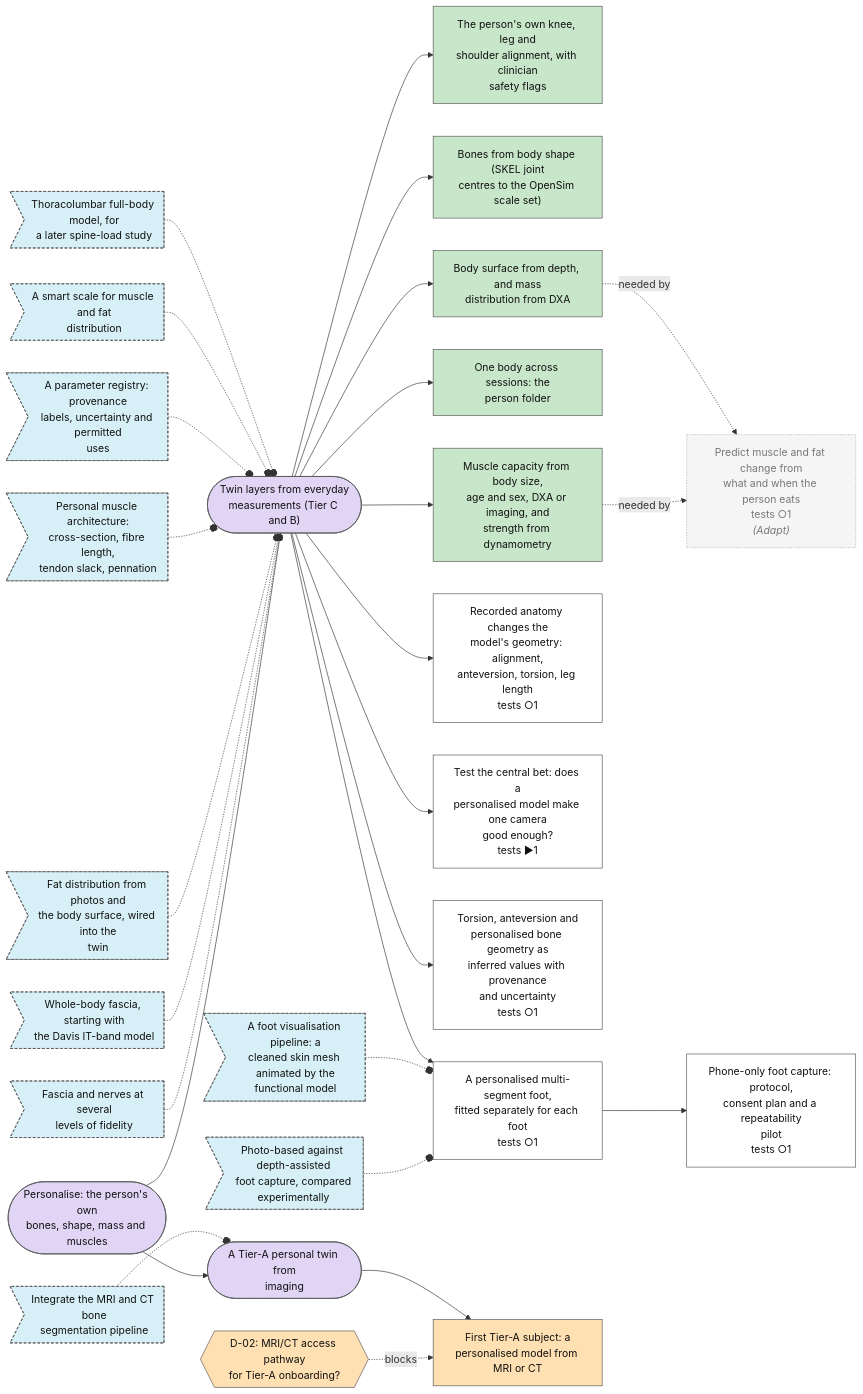
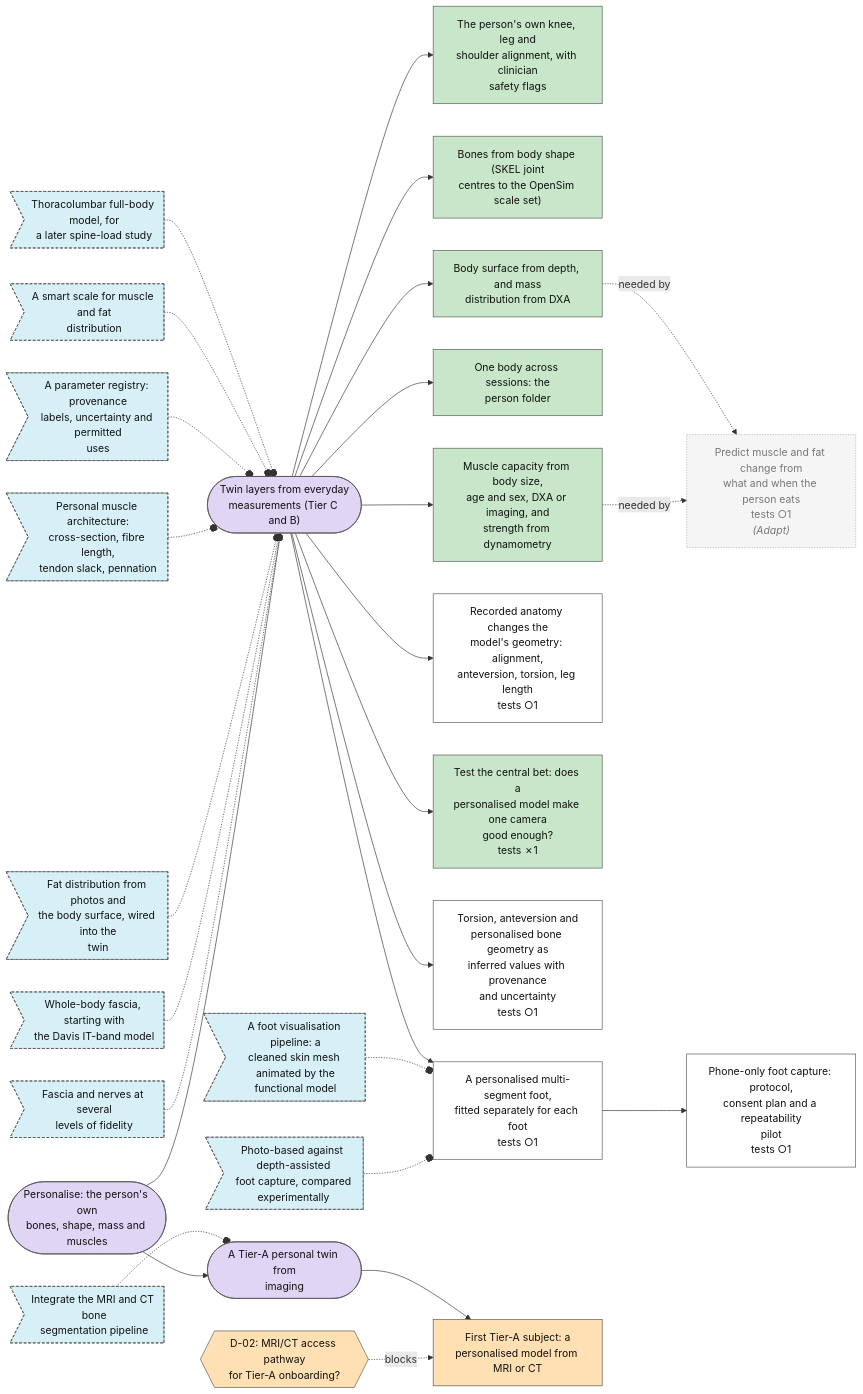
The third of 7 diagrams in plan/MAP.md (Sigurius23/Rehab-agent), drawn with Mermaid before and after one commit. The commit also changed other lines of this file and 6 other files, not shown here.

First line of the commit message:
The central bet: a mocap-scaled body does not improve one camera; not met

````diff
--- a/plan/MAP.md
+++ b/plan/MAP.md
@@ -134,74 +134,74 @@
 ```mermaid
 flowchart LR
   n0{{"D-02: MRI/CT access pathway<br/>for Tier-A onboarding?"}}:::decision_open
   n1["Phone-only foot capture: protocol,<br/>consent plan and a repeatability<br/>pilot<br/>tests ○1"]:::step_open
   n2(["A Tier-A personal twin from<br/>imaging"]):::goal_open
   n3(["Twin layers from everyday<br/>measurements (Tier C and B)"]):::goal_open
   n4>"Fascia and nerves at several<br/>levels of fidelity"]:::idea_new
   n5>"Integrate the MRI and CT bone<br/>segmentation pipeline"]:::idea_new
   n6>"Whole-body fascia, starting with<br/>the Davis IT-band model"]:::idea_new
   n7>"Fat distribution from photos and<br/>the body surface, wired into the<br/>twin"]:::idea_new
   n8>"Photo-based against depth-assisted<br/>foot capture, compared<br/>experimentally"]:::idea_new
   n9>"A foot visualisation pipeline: a<br/>cleaned skin mesh animated by the<br/>functional model"]:::idea_new
   n10>"Personal muscle architecture:<br/>cross-section, fibre length,<br/>tendon slack, pennation"]:::idea_new
   n11>"A parameter registry: provenance<br/>labels, uncertainty and permitted<br/>uses"]:::idea_new
   n12>"A smart scale for muscle and fat<br/>distribution"]:::idea_new
   n13>"Thoracolumbar full-body model, for<br/>a later spine-load study"]:::idea_new
   n14["The person's own knee, leg and<br/>shoulder alignment, with clinician<br/>safety flags"]:::step_done
   n15["Bones from body shape (SKEL joint<br/>centres to the OpenSim scale set)"]:::step_done
   n16["Muscle capacity from body size,<br/>age and sex, DXA or imaging, and<br/>strength from dynamometry"]:::step_done
   n17["One body across sessions: the<br/>person folder"]:::step_done
   n18["Body surface from depth, and mass<br/>distribution from DXA"]:::step_done
   n19(["Personalise: the person's own<br/>bones, shape, mass and muscles"]):::goal_open
   n20["Recorded anatomy changes the<br/>model's geometry: alignment,<br/>anteversion, torsion, leg length<br/>tests ○1"]:::step_open
-  n21["Test the central bet: does a<br/>personalised model make one camera<br/>good enough?<br/>tests ▶1"]:::step_open
+  n21["Test the central bet: does a<br/>personalised model make one camera<br/>good enough?<br/>tests ✗1"]:::step_done
   n22["Torsion, anteversion and<br/>personalised bone geometry as<br/>inferred values with provenance<br/>and uncertainty<br/>tests ○1"]:::step_open
   n23["A personalised multi-segment foot,<br/>fitted separately for each foot<br/>tests ○1"]:::step_open
   n24["First Tier-A subject: a<br/>personalised model from MRI or CT"]:::step_blocked
   n25["Predict muscle and fat change from<br/>what and when the person eats<br/>tests ○1<br/><i>(Adapt)</i>"]:::external
   n0 -. blocks .-> n24
   n23 --> n1
   n19 --> n2
   n19 --> n3
   n4 -.-o n3
   n5 -.-o n2
   n6 -.-o n3
   n7 -.-o n3
   n8 -.-o n23
   n9 -.-o n23
   n10 -.-o n3
   n11 -.-o n3
   n12 -.-o n3
   n13 -.-o n3
   n3 --> n14
   n3 --> n15
   n3 --> n16
   n3 --> n17
   n3 --> n18
   n3 --> n20
   n3 --> n21
   n3 --> n22
   n3 --> n23
   n2 --> n24
   n16 -. needed by .-> n25
   n18 -. needed by .-> n25
   classDef goal_open fill:#e1d5f5,stroke:#555,color:#111
   classDef goal_done fill:#c8e6c9,stroke:#555,color:#111
   classDef step_open fill:#ffffff,stroke:#555,color:#111
   classDef step_doing fill:#fff3c4,stroke:#555,color:#111
   classDef step_done fill:#c8e6c9,stroke:#555,color:#111
   classDef step_blocked fill:#ffe0b2,stroke:#555,color:#111
   classDef step_dropped fill:#eeeeee,stroke:#555,color:#111
   classDef test_planned fill:#ffffff,stroke:#555,color:#111
   classDef test_running fill:#fff3c4,stroke:#555,color:#111
   classDef test_passed fill:#c8e6c9,stroke:#555,color:#111
   classDef test_failed fill:#ffcdd2,stroke:#555,color:#111
   classDef test_mixed fill:#fff3c4,stroke:#555,color:#111
   classDef test_dropped fill:#eeeeee,stroke:#555,color:#111
   classDef idea_new fill:#d7f0f7,stroke:#555,color:#111,stroke-dasharray: 4 3
   classDef idea_promoted fill:#eeeeee,stroke:#555,color:#111,stroke-dasharray: 4 3
   classDef idea_dropped fill:#eeeeee,stroke:#555,color:#111,stroke-dasharray: 4 3
   classDef decision_open fill:#ffe0b2,stroke:#555,color:#111
   classDef decision_decided fill:#ffe0b2,stroke:#555,color:#111
   classDef external fill:#f5f5f5,stroke:#aaa,color:#777,stroke-dasharray: 2 2
 ```
````
